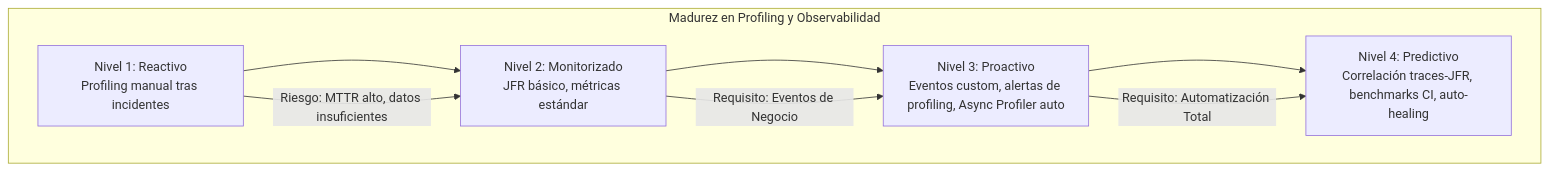
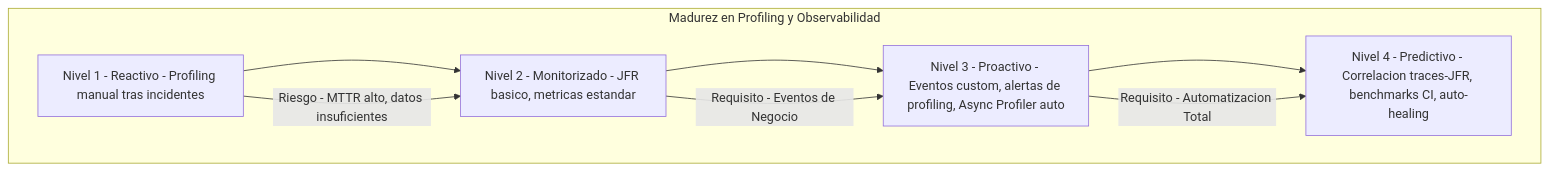
The fourth of 4 diagrams in 01_Java_Core/profiling_avanzado_en_java_con_jfr_y_async_profiler_STAFF.md (Joaquinriosheredia/DAM-Java-Mastery), drawn with Mermaid before and after one commit. The commit also changed other lines of this file, not shown here.

Commit message:
profiling_avanzado_en_java_con_jfr_y_async_profiler_STAFF.md

````diff
--- a/01_Java_Core/profiling_avanzado_en_java_con_jfr_y_async_profiler_STAFF.md
+++ b/01_Java_Core/profiling_avanzado_en_java_con_jfr_y_async_profiler_STAFF.md
@@ -602,13 +758,13 @@
 ```mermaid
 graph TD
     subgraph "Madurez en Profiling y Observabilidad"
-        L1[Nivel 1: Reactivo<br>Profiling manual tras incidentes] --> L2
-        L2[Nivel 2: Monitorizado<br>JFR básico, métricas estándar] --> L3
-        L3[Nivel 3: Proactivo<br>Eventos custom, alertas de profiling, Async Profiler auto] --> L4
-        L4[Nivel 4: Predictivo<br>Correlación traces-JFR, benchmarks CI, auto-healing]
+        L1[Nivel 1 - Reactivo - Profiling manual tras incidentes] --> L2
+        L2[Nivel 2 - Monitorizado - JFR basico, metricas estandar] --> L3
+        L3[Nivel 3 - Proactivo - Eventos custom, alertas de profiling, Async Profiler auto] --> L4
+        L4[Nivel 4 - Predictivo - Correlacion traces-JFR, benchmarks CI, auto-healing]
     end
     
-    L1 -->|Riesgo: MTTR alto, datos insuficientes| L2
-    L2 -->|Requisito: Eventos de Negocio| L3
-    L3 -->|Requisito: Automatización Total| L4
+    L1 -->|Riesgo - MTTR alto, datos insuficientes| L2
+    L2 -->|Requisito - Eventos de Negocio| L3
+    L3 -->|Requisito - Automatizacion Total| L4
 ```
````
